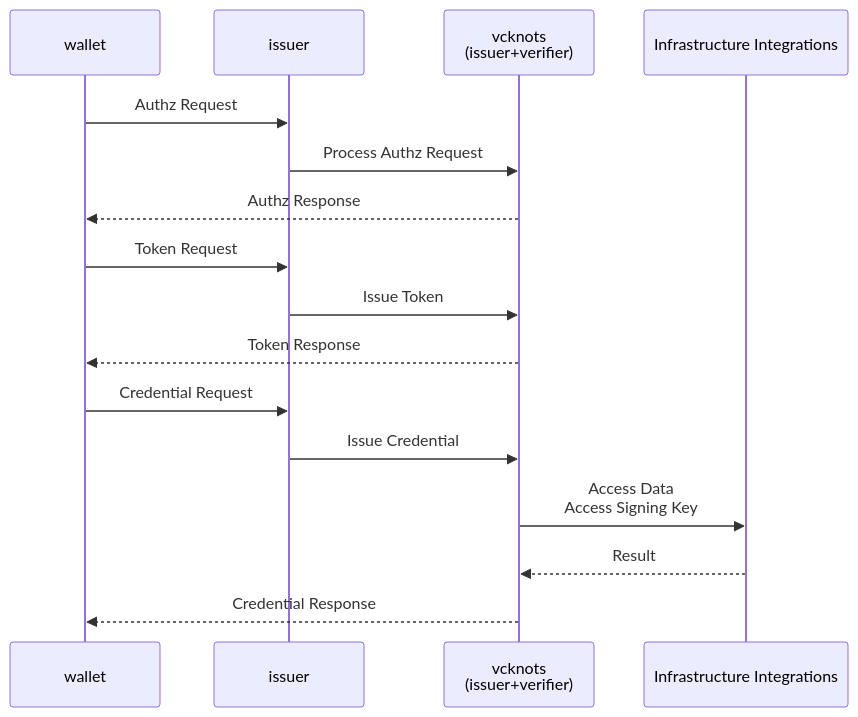
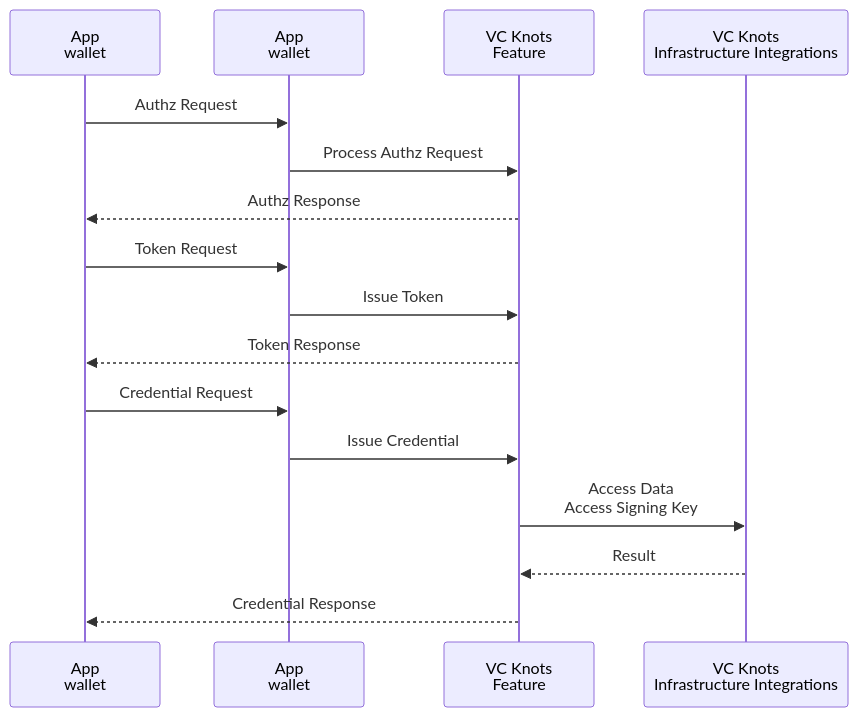
The first of 2 diagrams in docs/i18n/ja/docusaurus-plugin-content-docs/current/architecture-overview.md (trustknots/vcknots), drawn with Mermaid before and after one commit. The commit also changed other lines of this file and 2 other files, not shown here.

Commit message:
docs(architecture-overview): change overview chart to drawio

````diff
--- a/docs/i18n/ja/docusaurus-plugin-content-docs/current/architecture-overview.md
+++ b/docs/i18n/ja/docusaurus-plugin-content-docs/current/architecture-overview.md
@@ -155,24 +75,24 @@
 ```mermaid
 sequenceDiagram
 
-    participant wallet
-    participant issuer
-    participant vcknots as vcknots<br/>(issuer+verifier)
-    participant infra as Infrastructure Integrations
+    participant wallet as App<br/>wallet
+    participant issuer as App<br/>wallet
+    participant vcknots as VC Knots<br/>Feature
+    participant infra as VC Knots<br/>Infrastructure Integrations
 
     wallet->>issuer: Authz Request
     issuer->>vcknots: Process Authz Request
     vcknots-->>wallet: Authz Response
 
     wallet->>issuer: Token Request
     issuer->>vcknots: Issue Token
     vcknots-->>wallet: Token Response
 
     wallet->>issuer: Credential Request
     issuer->>vcknots: Issue Credential
 
     vcknots->>infra: Access Data<br/>Access Signing Key
     infra-->>vcknots: Result
 
     vcknots-->>wallet: Credential Response
 ```
````
